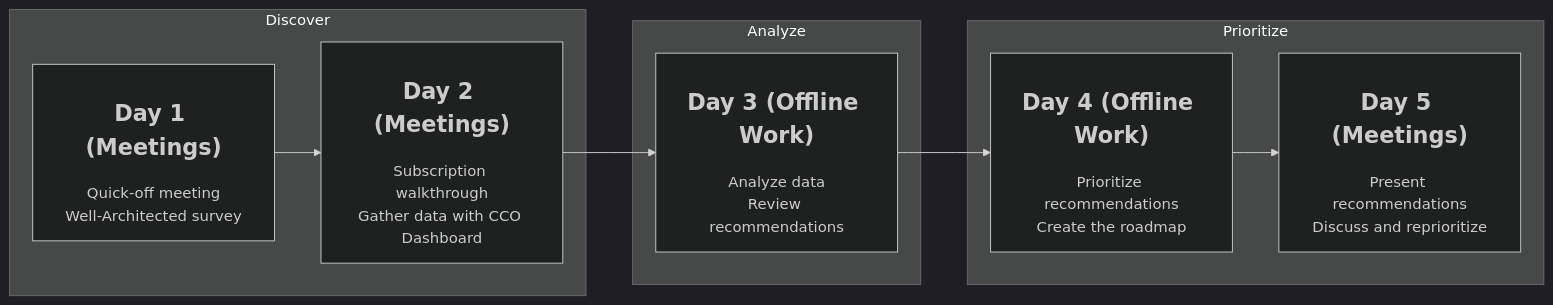
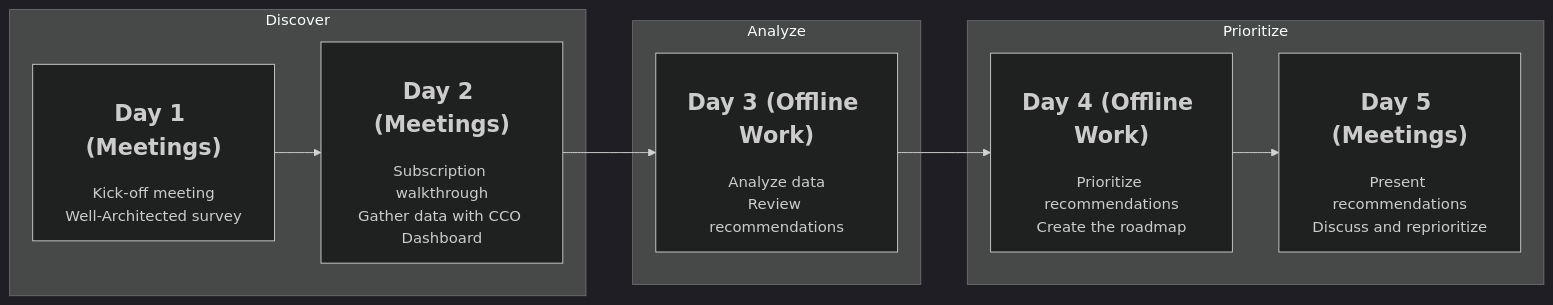
Before and after one commit to microsoft/GPS-Well-Architected-Partner-Training: the second of 2 diagrams in docs/2.b Well-Architected Process Guide/index.md, drawn with Mermaid (dark theme). The commit also changed other lines of this file and 3 other files, not shown here.

````diff
--- a/docs/2.b Well-Architected Process Guide/index.md
+++ b/docs/2.b Well-Architected Process Guide/index.md
@@ -95,17 +116,17 @@
 ```mermaid
 flowchart LR
 
 subgraph Discover
-A["<h2>Day 1 (Meetings)</h2>Quick-off meeting<br>Well-Architected survey"] 
+A["<h2>Day 1 (Meetings)</h2>Kick-off meeting<br>Well-Architected survey"] 
 B["<h2>Day 2 (Meetings)</h2>Subscription walkthrough<br>Gather data with CCO Dashboard"]
 end
 subgraph Analyze
 C["<h2>Day 3 (Offline Work)</h2>Analyze data<br>Review recommendations"]
 end
 subgraph Prioritize
 D["<h2>Day 4 (Offline Work)</h2>Prioritize recommendations<br>Create the roadmap"]
 E["<h2>Day 5 (Meetings)</h2>Present recommendations<br>Discuss and reprioritize"]
 end
 
 A-->B-->C-->D-->E
 ```
````
